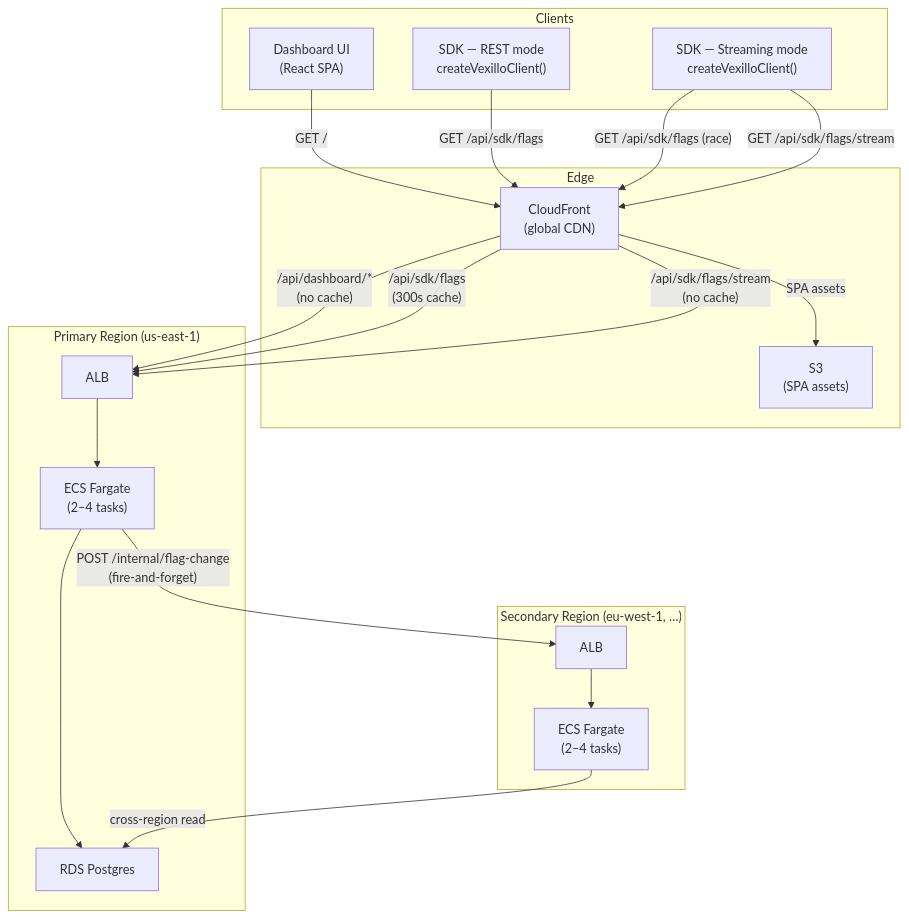
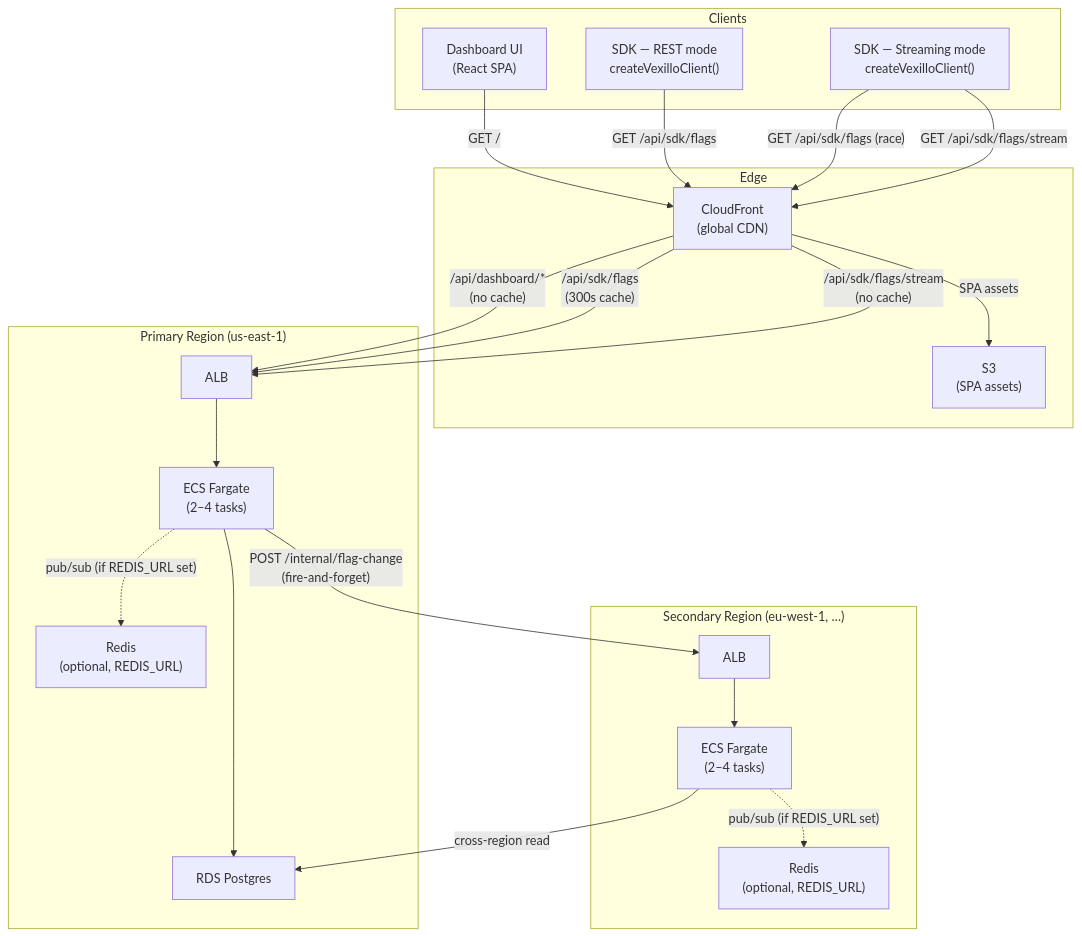
One commit to bipinrajbhar/vexillo changed the first of 4 diagrams in docs/architecture.md. Above: the diagram before and after it, drawn with Mermaid. The commit also changed other lines of this file, not shown here.

First line of the commit message:
docs: add Redis back to architecture diagrams as optional component

````diff
--- a/docs/architecture.md
+++ b/docs/architecture.md
@@ -9,41 +9,45 @@
 ```mermaid
 graph TD
     subgraph Clients
         Dashboard["Dashboard UI\n(React SPA)"]
         SDK_REST["SDK — REST mode\ncreateVexilloClient()"]
         SDK_SSE["SDK — Streaming mode\ncreateVexilloClient()"]
     end
 
     subgraph Edge
         CF["CloudFront\n(global CDN)"]
         S3["S3\n(SPA assets)"]
     end
 
     subgraph Primary["Primary Region (us-east-1)"]
         ALB_P["ALB"]
         ECS_P["ECS Fargate\n(2–4 tasks)"]
+        Redis_P["Redis\n(optional, REDIS_URL)"]
         RDS["RDS Postgres"]
     end
 
     subgraph Secondary["Secondary Region (eu-west-1, …)"]
         ALB_S["ALB"]
         ECS_S["ECS Fargate\n(2–4 tasks)"]
+        Redis_S["Redis\n(optional, REDIS_URL)"]
     end
 
     Dashboard -->|"GET /"| CF
     CF -->|SPA assets| S3
     CF -->|"/api/dashboard/*\n(no cache)"| ALB_P
     CF -->|"/api/sdk/flags\n(300s cache)"| ALB_P
     CF -->|"/api/sdk/flags/stream\n(no cache)"| ALB_P
 
     SDK_REST -->|"GET /api/sdk/flags"| CF
     SDK_SSE -->|"GET /api/sdk/flags (race)"| CF
     SDK_SSE -->|"GET /api/sdk/flags/stream"| CF
 
     ALB_P --> ECS_P
     ECS_P --> RDS
+    ECS_P -. "pub/sub (if REDIS_URL set)" .-> Redis_P
 
     ECS_P -->|"POST /internal/flag-change\n(fire-and-forget)"| ALB_S
     ALB_S --> ECS_S
     ECS_S -->|"cross-region read"| RDS
+    ECS_S -. "pub/sub (if REDIS_URL set)" .-> Redis_S
 ```
````
